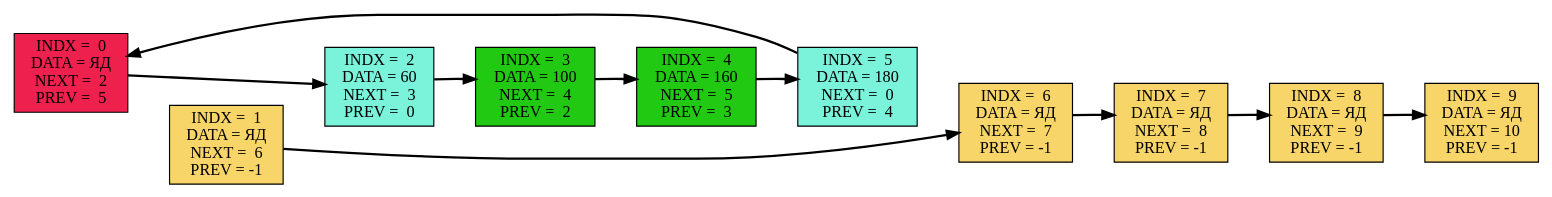
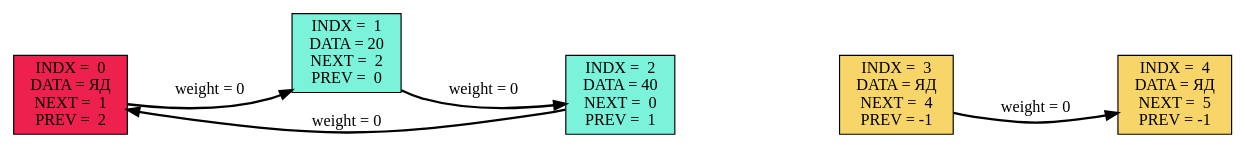
The diagram in Graph.dot (ask0later/List), drawn with Graphviz before and after one commit. The commit also changed 7 other files, not shown here.

```diff
--- a/Graph.dot
+++ b/Graph.dot
@@ -1,32 +1,17 @@
 digraph DotGraph
 {
 rankdir=LR;
-    Node0 [shape="box", color="black", fontcolor="black", fillcolor="#EE204D", style="filled", weight="1", label="INDX =  0\nDATA = ЯД\nNEXT =  2\nPREV =  5"];
-    Node1 [shape="box", color="black", fontcolor="black", fillcolor="#F8D568", style="filled", weight="1", label="INDX =  1\nDATA = ЯД\nNEXT =  6\nPREV = -1"];
-    Node2 [shape="box", color="black", fontcolor="black", fillcolor="#7BF2DA", style="filled", weight="1", label="INDX =  2\nDATA = 60\nNEXT =  3\nPREV =  0"];
-    Node3 [shape="box", color="black", fontcolor="black", fillcolor="#21C912", style="filled", weight="1", label="INDX =  3\nDATA = 100\nNEXT =  4\nPREV =  2"];
-    Node4 [shape="box", color="black", fontcolor="black", fillcolor="#21C912", style="filled", weight="1", label="INDX =  4\nDATA = 160\nNEXT =  5\nPREV =  3"];
-    Node5 [shape="box", color="black", fontcolor="black", fillcolor="#7BF2DA", style="filled", weight="1", label="INDX =  5\nDATA = 180\nNEXT =  0\nPREV =  4"];
-    Node6 [shape="box", color="black", fontcolor="black", fillcolor="#F8D568", style="filled", weight="1", label="INDX =  6\nDATA = ЯД\nNEXT =  7\nPREV = -1"];
-    Node7 [shape="box", color="black", fontcolor="black", fillcolor="#F8D568", style="filled", weight="1", label="INDX =  7\nDATA = ЯД\nNEXT =  8\nPREV = -1"];
-    Node8 [shape="box", color="black", fontcolor="black", fillcolor="#F8D568", style="filled", weight="1", label="INDX =  8\nDATA = ЯД\nNEXT =  9\nPREV = -1"];
-    Node9 [shape="box", color="black", fontcolor="black", fillcolor="#F8D568", style="filled", weight="1", label="INDX =  9\nDATA = ЯД\nNEXT = 10\nPREV = -1"];
-    Node0 -> Node1 [color="#FFFFFF", style="invis", weight="1", label=""];
-    Node1 -> Node2 [color="#FFFFFF", style="invis", weight="1", label=""];
-    Node2 -> Node3 [color="#FFFFFF", style="invis", weight="1", label=""];
-    Node3 -> Node4 [color="#FFFFFF", style="invis", weight="1", label=""];
-    Node4 -> Node5 [color="#FFFFFF", style="invis", weight="1", label=""];
-    Node5 -> Node6 [color="#FFFFFF", style="invis", weight="1", label=""];
-    Node6 -> Node7 [color="#FFFFFF", style="invis", weight="1", label=""];
-    Node7 -> Node8 [color="#FFFFFF", style="invis", weight="1", label=""];
-    Node8 -> Node9 [color="#FFFFFF", style="invis", weight="1", label=""];
-    Node0 -> Node2 [color="#000000", style="bold", weight="1", label=""];
-    Node1 -> Node6 [color="#000000", style="bold", weight="1", label=""];
-    Node2 -> Node3 [color="#000000", style="bold", weight="1", label=""];
-    Node3 -> Node4 [color="#000000", style="bold", weight="1", label=""];
-    Node4 -> Node5 [color="#000000", style="bold", weight="1", label=""];
-    Node5 -> Node0 [color="#000000", style="bold", weight="1", label=""];
-    Node6 -> Node7 [color="#000000", style="bold", weight="1", label=""];
-    Node7 -> Node8 [color="#000000", style="bold", weight="1", label=""];
-    Node8 -> Node9 [color="#000000", style="bold", weight="1", label=""];
+    Node0 [shape="box", color="black", fontcolor="black", fillcolor="#EE204D", style="filled", weight="1", label="INDX =  0\nDATA = ЯД\nNEXT =  1\nPREV =  2"];
+    Node1 [shape="box", color="black", fontcolor="black", fillcolor="#7BF2DA", style="filled", weight="1", label="INDX =  1\nDATA = 20\nNEXT =  2\nPREV =  0"];
+    Node2 [shape="box", color="black", fontcolor="black", fillcolor="#7BF2DA", style="filled", weight="1", label="INDX =  2\nDATA = 40\nNEXT =  0\nPREV =  1"];
+    Node3 [shape="box", color="black", fontcolor="black", fillcolor="#F8D568", style="filled", weight="1", label="INDX =  3\nDATA = ЯД\nNEXT =  4\nPREV = -1"];
+    Node4 [shape="box", color="black", fontcolor="black", fillcolor="#F8D568", style="filled", weight="1", label="INDX =  4\nDATA = ЯД\nNEXT =  5\nPREV = -1"];
+    Node0 -> Node1 [color="#FFFFFF", style="invis", weight="1", label="weight = 1000"];
+    Node1 -> Node2 [color="#FFFFFF", style="invis", weight="1", label="weight = 1000"];
+    Node2 -> Node3 [color="#FFFFFF", style="invis", weight="1", label="weight = 1000"];
+    Node3 -> Node4 [color="#FFFFFF", style="invis", weight="1", label="weight = 1000"];
+    Node0 -> Node1 [color="#000000", style="bold", weight="1", label="weight = 0"];
+    Node1 -> Node2 [color="#000000", style="bold", weight="1", label="weight = 0"];
+    Node2 -> Node0 [color="#000000", style="bold", weight="1", label="weight = 0"];
+    Node3 -> Node4 [color="#000000", style="bold", weight="1", label="weight = 0"];
 }
```
